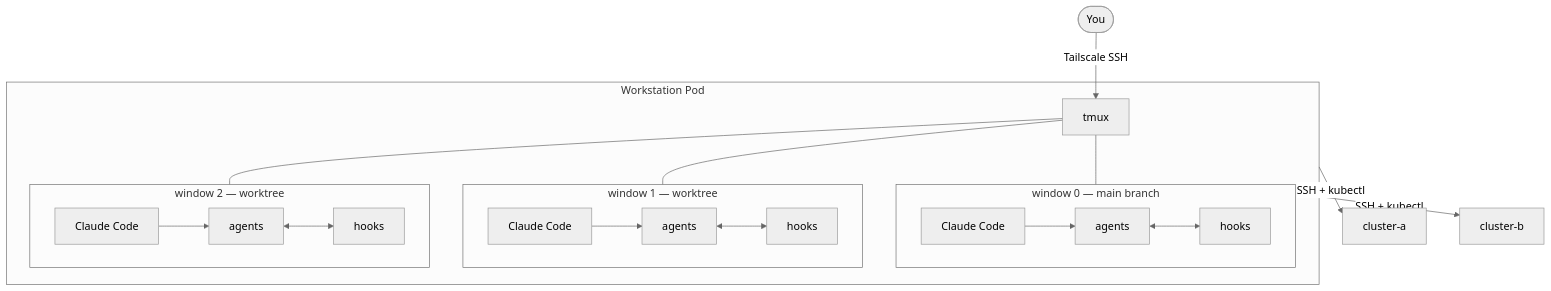
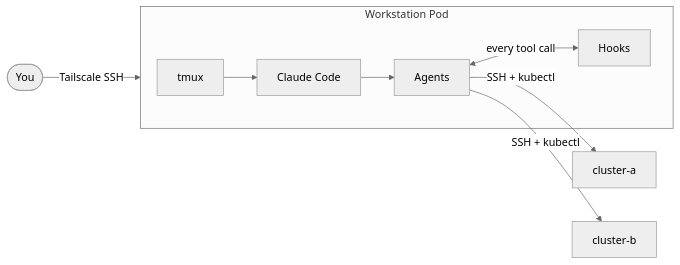
Before and after one commit to Kord96/kordinate: the first of 5 diagrams in docs/infrastructure.md, drawn with Mermaid (neutral theme). The commit also changed other lines of this file, not shown here.

First line of the commit message:
docs: abstract overview diagram, cluster as collapsible [scribe]

````diff
--- a/docs/infrastructure.md
+++ b/docs/infrastructure.md
@@ -9,24 +7,13 @@
 ```mermaid
-flowchart TB
-    U([You]) -->|Tailscale SSH| T
+flowchart LR
+    U([You]) -->|Tailscale SSH| WP
 
     subgraph WP[Workstation Pod]
-        T[tmux]
-        T --- W0 & W1 & W2
-
-        subgraph W0[window 0 — main branch]
-            CC0[Claude Code] --> A0[agents] <--> H0[hooks]
-        end
-
-        subgraph W1[window 1 — worktree]
-            CC1[Claude Code] --> A1[agents] <--> H1[hooks]
-        end
-
-        subgraph W2[window 2 — worktree]
-            CC2[Claude Code] --> A2[agents] <--> H2[hooks]
-        end
+        T[tmux] --> CC[Claude Code]
+        CC --> AG[Agents]
+        AG <-->|every tool call| HK[Hooks]
     end
 
-    WP -->|SSH + kubectl| C1[cluster-a]
-    WP -->|SSH + kubectl| C2[cluster-b]
+    AG -->|SSH + kubectl| C1[cluster-a]
+    AG -->|SSH + kubectl| C2[cluster-b]
 ```
````
